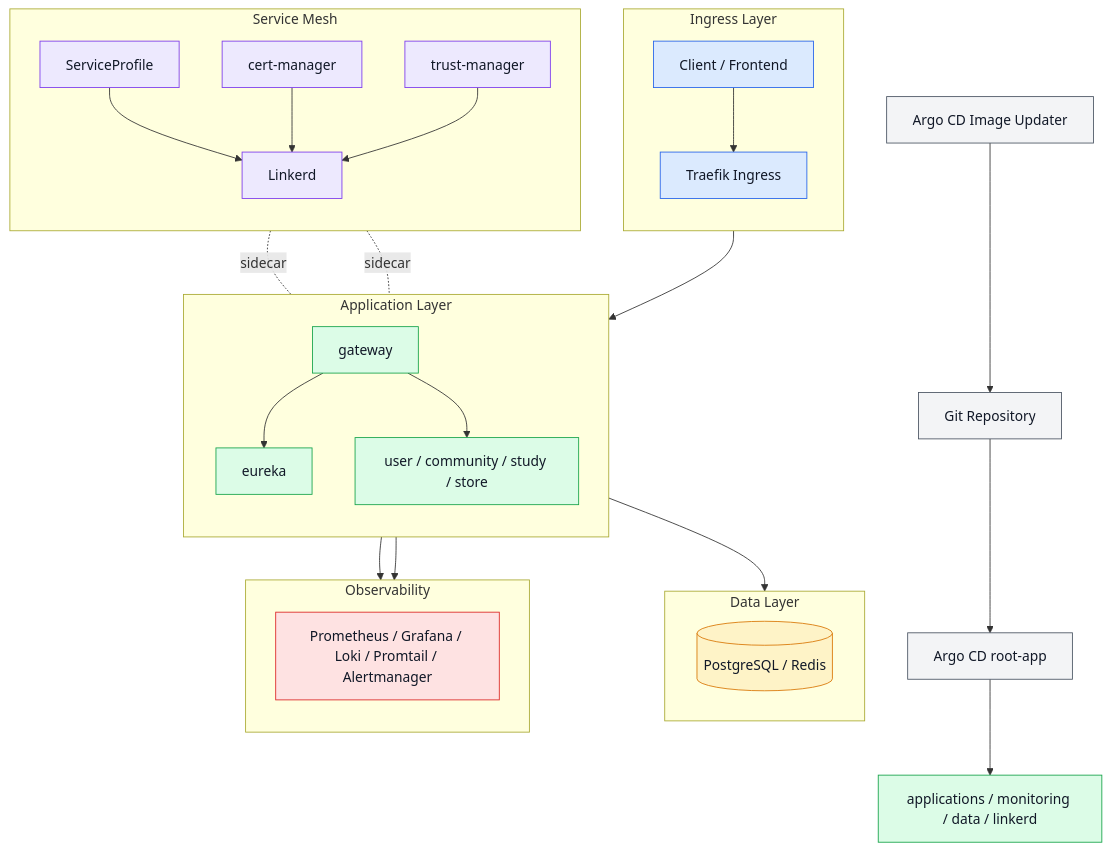
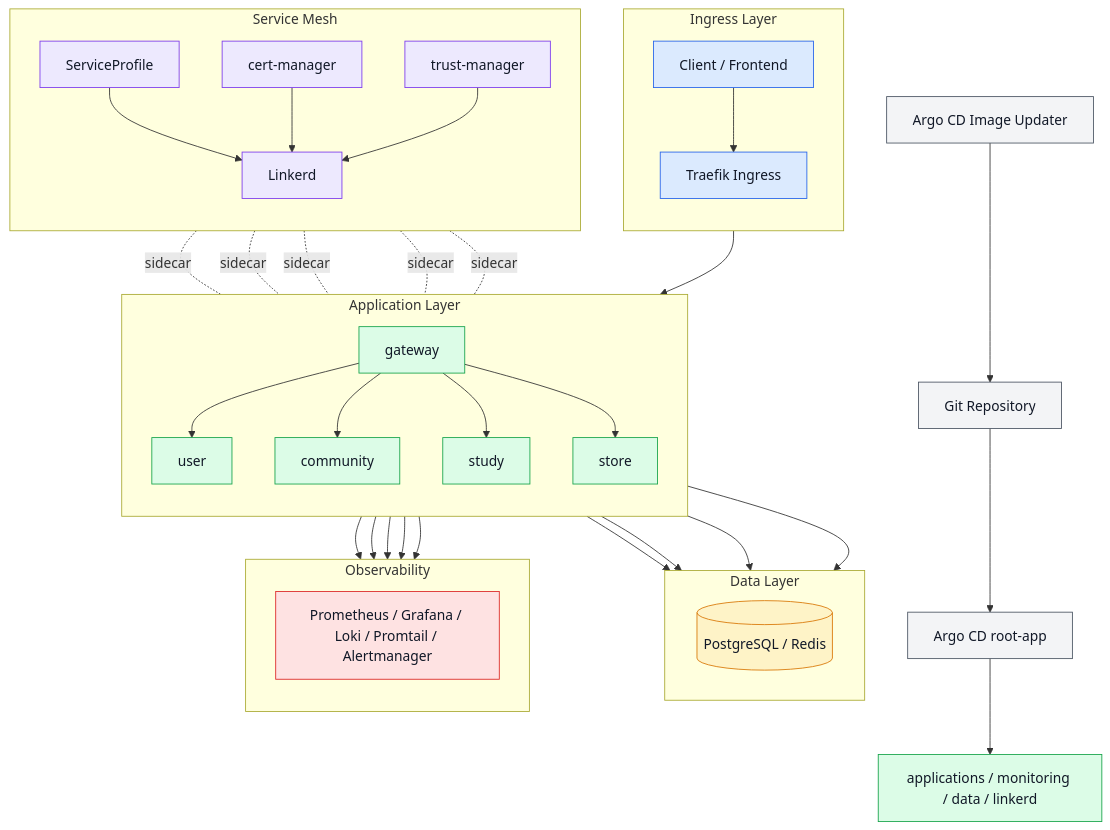
One commit to checkMateit/checkmate-kubernetes changed the diagram in README.md. Above: the diagram before and after it, drawn with Mermaid.

```diff
--- a/README.md
+++ b/README.md
@@ -39,12 +39,16 @@
     subgraph App["Application Layer"]
         direction TB
         Gateway[gateway]
-        Eureka[eureka]
-        Services[user / community / study / store]
+        User[user]
+        Community[community]
+        Study[study]
+        Store[store]
 
         Traefik --> Gateway
-        Gateway --> Eureka
-        Gateway --> Services
+        Gateway --> User
+        Gateway --> Community
+        Gateway --> Study
+        Gateway --> Store
     end
 
     subgraph Data["Data Layer"]
@@ -52,7 +56,10 @@
         DataStore[(PostgreSQL / Redis)]
     end
 
-    Services --> DataStore
+    User --> DataStore
+    Community --> DataStore
+    Study --> DataStore
+    Store --> DataStore
 
     subgraph Mesh["Service Mesh"]
         direction TB
@@ -63,7 +70,10 @@
     end
 
     Linkerd -. sidecar .- Gateway
-    Linkerd -. sidecar .- Services
+    Linkerd -. sidecar .- User
+    Linkerd -. sidecar .- Community
+    Linkerd -. sidecar .- Study
+    Linkerd -. sidecar .- Store
     ServiceProfile --> Linkerd
     CertManager --> Linkerd
     TrustManager --> Linkerd
@@ -74,13 +84,16 @@
     end
 
     Gateway --> Monitoring
-    Services --> Monitoring
+    User --> Monitoring
+    Community --> Monitoring
+    Study --> Monitoring
+    Store --> Monitoring
 
     ArgoCD --> Platform[applications / monitoring / data / linkerd]
 
     class Repo,ImageUpdater,ArgoCD gitops;
     class Client,Traefik ingress;
-    class Gateway,Eureka,Services,Platform app;
+    class Gateway,User,Community,Study,Store,Platform app;
     class DataStore data;
     class Linkerd,ServiceProfile,CertManager,TrustManager mesh;
     class Monitoring obs;
```
